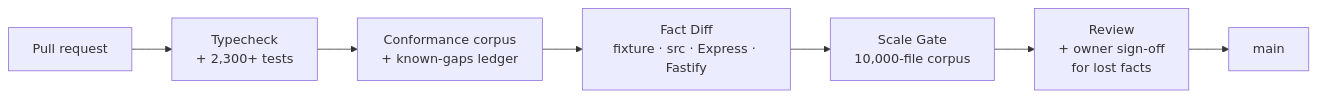
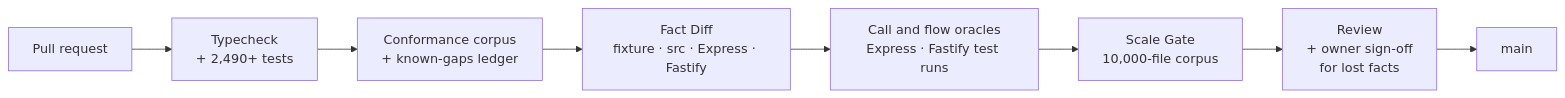
One commit to raitaskeen/LegacyExodus changed the second of 2 diagrams in ROADMAP.md. Above: the diagram before and after it, drawn with Mermaid. The commit also changed other lines of this file and 6 other files, not shown here.

First line of the commit message:
docs: README, ROADMAP and status brought up to main a6eb968 (#351)

````diff
--- a/ROADMAP.md
+++ b/ROADMAP.md
@@ -51,9 +60,10 @@
 ```mermaid
 flowchart LR
-    PR["Pull request"] --> T["Typecheck<br/>+ 2,300+ tests"]
+    PR["Pull request"] --> T["Typecheck<br/>+ 2,490+ tests"]
     T --> C["Conformance corpus<br/>+ known-gaps ledger"]
     C --> F["Fact Diff<br/>fixture · src · Express · Fastify"]
-    F --> S["Scale Gate<br/>10,000-file corpus"]
+    F --> O["Call and flow oracles<br/>Express · Fastify test runs"]
+    O --> S["Scale Gate<br/>10,000-file corpus"]
     S --> R["Review<br/>+ owner sign-off<br/>for lost facts"]
     R --> M["main"]
 ```
````
